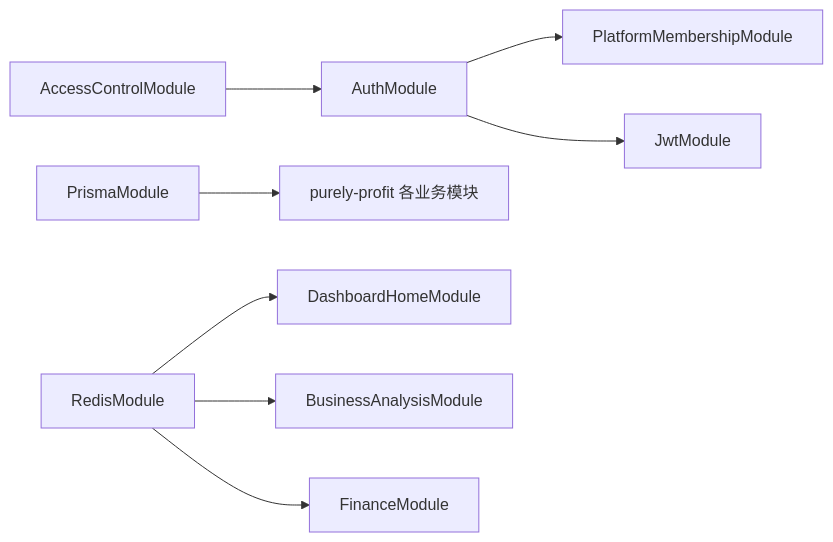
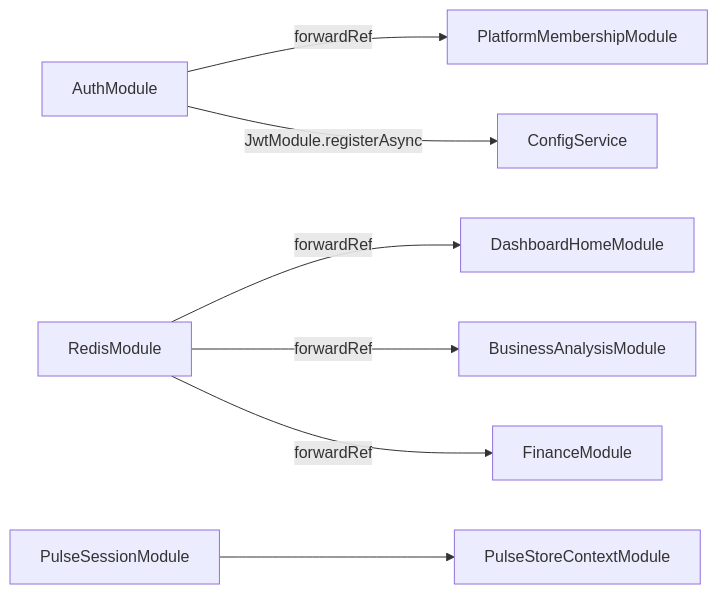
Before and after one commit to rc558620/purelyprofit-server: the fourth of 4 diagrams in .qoder/repowiki/zh/content/架构设计/模块化设计.md, drawn with Mermaid. The commit also changed other lines of this file and 534 other files, not shown here.

````diff
--- a/.qoder/repowiki/zh/content/架构设计/模块化设计.md
+++ b/.qoder/repowiki/zh/content/架构设计/模块化设计.md
@@ -181,10 +234,9 @@
 ```mermaid
 graph LR
-AC["AccessControlModule"] --> AUTH["AuthModule"]
-AUTH --> PM["PlatformMembershipModule"]
-AUTH --> JWT["JwtModule"]
-PRISMA["PrismaModule"] --> PF_ALL["purely-profit 各业务模块"]
-REDIS["RedisModule"] --> DHOME["DashboardHomeModule"]
-REDIS --> BANL["BusinessAnalysisModule"]
-REDIS --> FIN["FinanceModule"]
+AuthModule --> |forwardRef| PlatformMembershipModule
+AuthModule --> |JwtModule.registerAsync| ConfigService
+RedisModule --> |forwardRef| DashboardHomeModule
+RedisModule --> |forwardRef| BusinessAnalysisModule
+RedisModule --> |forwardRef| FinanceModule
+PulseSessionModule --> PulseStoreContextModule
 ```
````
